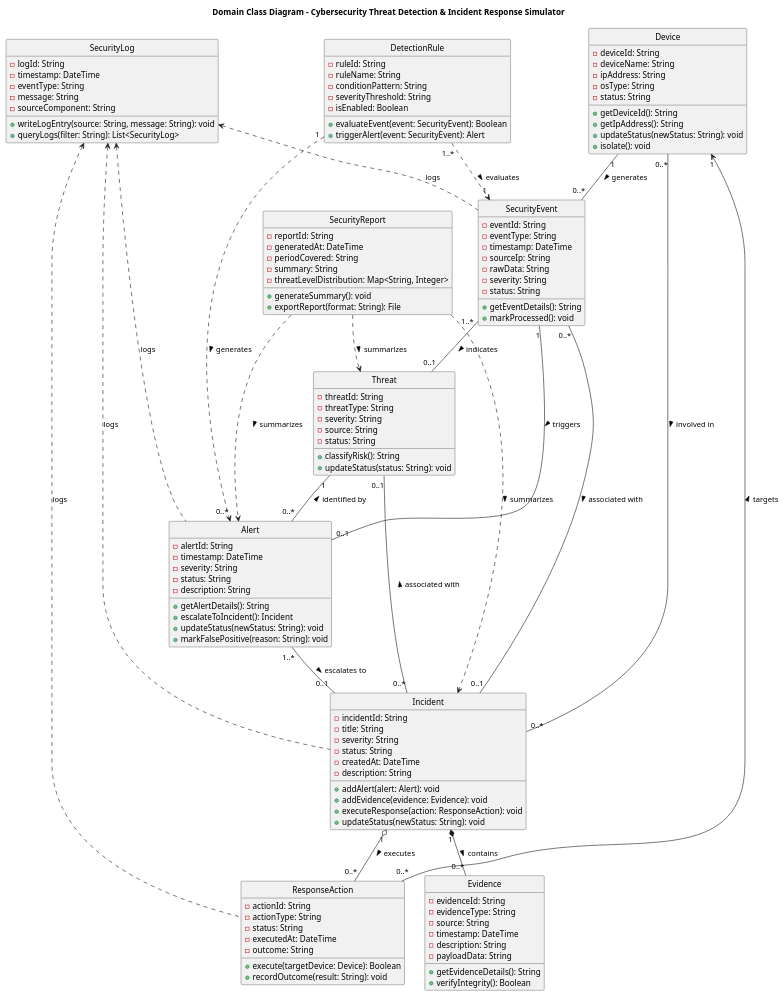
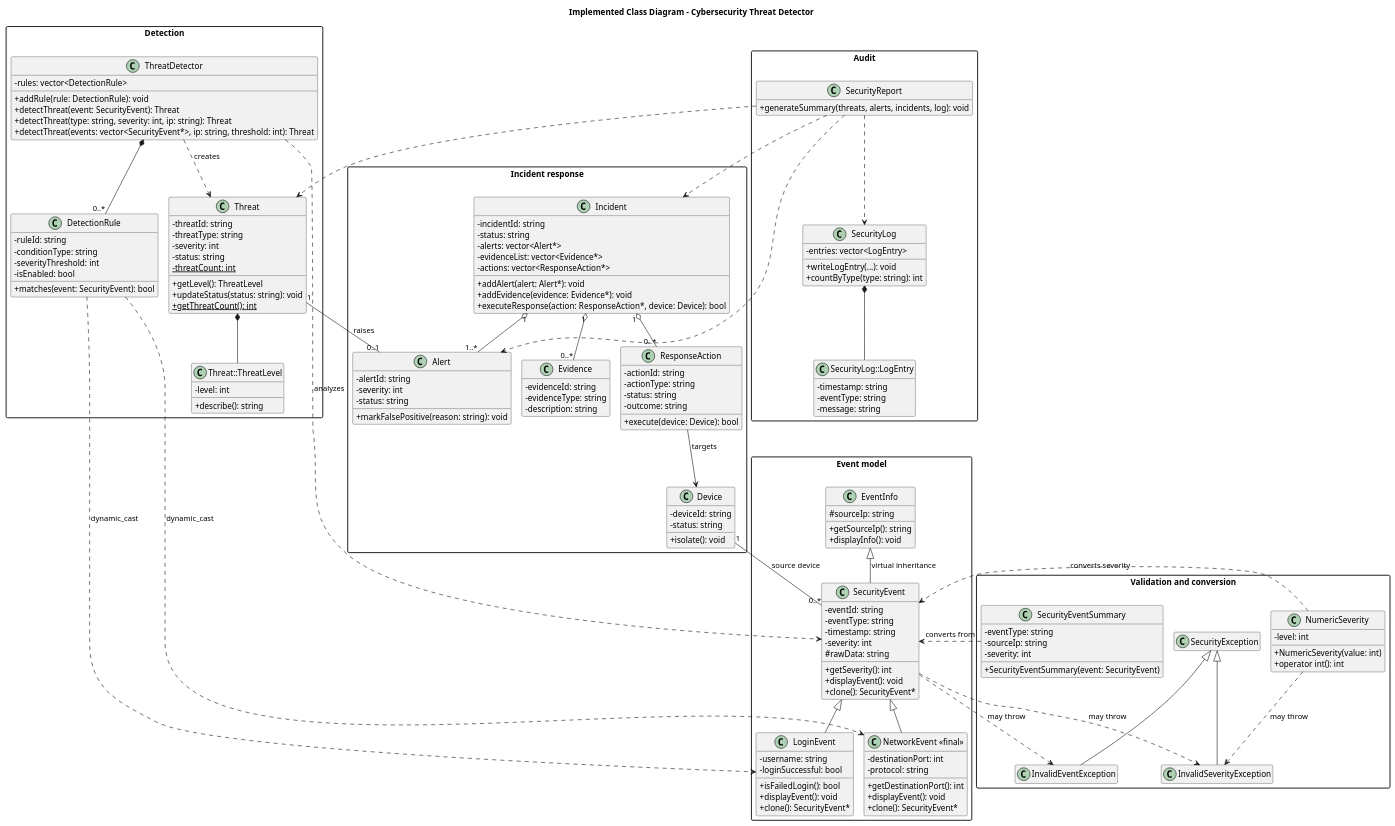
One commit to jaitak2121-spec/CybersecurityThreatdetector changed the diagram in class-diagram.puml. Above: the diagram before and after it, drawn with PlantUML. The commit also changed 25 other files, not shown here.

```diff
--- a/class-diagram.puml
+++ b/class-diagram.puml
@@ -1,149 +1,176 @@
 @startuml class-diagram
-skinparam classAttributeIconSize true
-skinparam style strictuml
+!pragma layout smetana
+skinparam classAttributeIconSize 0
+skinparam packageStyle rectangle
 hide empty members
+title Implemented Class Diagram - Cybersecurity Threat Detector
 
-title Domain Class Diagram - Cybersecurity Threat Detection & Incident Response Simulator
+package "Event model" {
+  class EventInfo {
+    # sourceIp: string
+    + getSourceIp(): string
+    + displayInfo(): void
+  }
 
-class Device {
-  - deviceId: String
-  - deviceName: String
-  - ipAddress: String
-  - osType: String
-  - status: String
-  + getDeviceId(): String
-  + getIpAddress(): String
-  + updateStatus(newStatus: String): void
-  + isolate(): void
+  class SecurityEvent {
+    - eventId: string
+    - eventType: string
+    - timestamp: string
+    - severity: int
+    # rawData: string
+    + getSeverity(): int
+    + displayEvent(): void
+    + clone(): SecurityEvent*
+  }
+
+  class LoginEvent {
+    - username: string
+    - loginSuccessful: bool
+    + isFailedLogin(): bool
+    + displayEvent(): void
+    + clone(): SecurityEvent*
+  }
+
+  class "NetworkEvent <<final>>" as NetworkEvent {
+    - destinationPort: int
+    - protocol: string
+    + getDestinationPort(): int
+    + displayEvent(): void
+    + clone(): SecurityEvent*
+  }
 }
 
-class SecurityEvent {
-  - eventId: String
-  - eventType: String
-  - timestamp: DateTime
-  - sourceIp: String
-  - rawData: String
-  - severity: String
-  - status: String
-  + getEventDetails(): String
-  + markProcessed(): void
+package "Detection" {
+  class DetectionRule {
+    - ruleId: string
+    - conditionType: string
+    - severityThreshold: int
+    - isEnabled: bool
+    + matches(event: SecurityEvent): bool
+  }
+
+  class ThreatDetector {
+    - rules: vector<DetectionRule>
+    + addRule(rule: DetectionRule): void
+    + detectThreat(event: SecurityEvent): Threat
+    + detectThreat(type: string, severity: int, ip: string): Threat
+    + detectThreat(events: vector<SecurityEvent*>, ip: string, threshold: int): Threat
+  }
+
+  class Threat {
+    - threatId: string
+    - threatType: string
+    - severity: int
+    - status: string
+    {static} - threatCount: int
+    + getLevel(): ThreatLevel
+    + updateStatus(status: string): void
+    {static} + getThreatCount(): int
+  }
+
+  class "Threat::ThreatLevel" as ThreatLevel {
+    - level: int
+    + describe(): string
+  }
 }
 
-class DetectionRule {
-  - ruleId: String
-  - ruleName: String
-  - conditionPattern: String
-  - severityThreshold: String
-  - isEnabled: Boolean
-  + evaluateEvent(event: SecurityEvent): Boolean
-  + triggerAlert(event: SecurityEvent): Alert
+package "Incident response" {
+  class Device {
+    - deviceId: string
+    - status: string
+    + isolate(): void
+  }
+  class Alert {
+    - alertId: string
+    - severity: int
+    - status: string
+    + markFalsePositive(reason: string): void
+  }
+  class Evidence {
+    - evidenceId: string
+    - evidenceType: string
+    - description: string
+  }
+  class ResponseAction {
+    - actionId: string
+    - actionType: string
+    - status: string
+    - outcome: string
+    + execute(device: Device): bool
+  }
+  class Incident {
+    - incidentId: string
+    - status: string
+    - alerts: vector<Alert*>
+    - evidenceList: vector<Evidence*>
+    - actions: vector<ResponseAction*>
+    + addAlert(alert: Alert*): void
+    + addEvidence(evidence: Evidence*): void
+    + executeResponse(action: ResponseAction*, device: Device): bool
+  }
 }
 
-class Threat {
-  - threatId: String
-  - threatType: String
-  - severity: String
-  - source: String
-  - status: String
-  + classifyRisk(): String
-  + updateStatus(status: String): void
+package "Audit" {
+  class SecurityLog {
+    - entries: vector<LogEntry>
+    + writeLogEntry(...): void
+    + countByType(type: string): int
+  }
+  class "SecurityLog::LogEntry" as LogEntry {
+    - timestamp: string
+    - eventType: string
+    - message: string
+  }
+  class SecurityReport {
+    + generateSummary(threats, alerts, incidents, log): void
+  }
 }
 
-class Alert {
-  - alertId: String
-  - timestamp: DateTime
-  - severity: String
-  - status: String
-  - description: String
-  + getAlertDetails(): String
-  + escalateToIncident(): Incident
-  + updateStatus(newStatus: String): void
-  + markFalsePositive(reason: String): void
+package "Validation and conversion" {
+  class NumericSeverity {
+    - level: int
+    + NumericSeverity(value: int)
+    + operator int(): int
+  }
+  class SecurityEventSummary {
+    - eventType: string
+    - sourceIp: string
+    - severity: int
+    + SecurityEventSummary(event: SecurityEvent)
+  }
+  class SecurityException
+  class InvalidSeverityException
+  class InvalidEventException
 }
 
-class Incident {
-  - incidentId: String
-  - title: String
-  - severity: String
-  - status: String
-  - createdAt: DateTime
-  - description: String
-  + addAlert(alert: Alert): void
-  + addEvidence(evidence: Evidence): void
-  + executeResponse(action: ResponseAction): void
-  + updateStatus(newStatus: String): void
-}
+EventInfo <|-- SecurityEvent : virtual inheritance
+SecurityEvent <|-- LoginEvent
+SecurityEvent <|-- NetworkEvent
+Threat *-- ThreatLevel
+SecurityLog *-- LogEntry
 
-class Evidence {
-  - evidenceId: String
-  - evidenceType: String
-  - source: String
-  - timestamp: DateTime
-  - description: String
-  - payloadData: String
-  + getEvidenceDetails(): String
-  + verifyIntegrity(): Boolean
-}
+ThreatDetector *-- "0..*" DetectionRule
+ThreatDetector ..> SecurityEvent : analyzes
+ThreatDetector ..> Threat : creates
+DetectionRule ..> LoginEvent : dynamic_cast
+DetectionRule ..> NetworkEvent : dynamic_cast
 
-class ResponseAction {
-  - actionId: String
-  - actionType: String
-  - status: String
-  - executedAt: DateTime
-  - outcome: String
-  + execute(targetDevice: Device): Boolean
-  + recordOutcome(result: String): void
-}
+Device "1" -- "0..*" SecurityEvent : source device
+Threat "1" -- "0..1" Alert : raises
+Incident "1" o-- "1..*" Alert
+Incident "1" o-- "0..*" Evidence
+Incident "1" o-- "0..*" ResponseAction
+ResponseAction --> Device : targets
+SecurityReport ..> Threat
+SecurityReport ..> Alert
+SecurityReport ..> Incident
+SecurityReport ..> SecurityLog
 
-class SecurityLog {
-  - logId: String
-  - timestamp: DateTime
-  - eventType: String
-  - message: String
-  - sourceComponent: String
-  + writeLogEntry(source: String, message: String): void
-  + queryLogs(filter: String): List<SecurityLog>
-}
-
-class SecurityReport {
-  - reportId: String
-  - generatedAt: DateTime
-  - periodCovered: String
-  - summary: String
-  - threatLevelDistribution: Map<String, Integer>
-  + generateSummary(): void
-  + exportReport(format: String): File
-}
-
-' --- Associations and Multiplicities ---
-
-Device "1" -- "0..*" SecurityEvent : generates >
-Device "0..*" -- "0..*" Incident : involved in >
-Device "1" <-- "0..*" ResponseAction : targets <
-
-DetectionRule "1..*" ..> "1" SecurityEvent : evaluates >
-DetectionRule "1" ..> "0..*" Alert : generates >
-
-SecurityEvent "1..*" -- "0..1" Threat : indicates >
-SecurityEvent "1" -- "0..1" Alert : triggers >
-SecurityEvent "0..*" -- "0..1" Incident : associated with >
-
-Threat "1" -- "0..*" Alert : identified by <
-Threat "0..1" -- "0..*" Incident : associated with <
-
-Alert "1..*" -- "0..1" Incident : escalates to >
-
-Incident "1" *-- "0..*" Evidence : contains >
-Incident "1" o-- "0..*" ResponseAction : executes >
-
-' System-wide Logging and Reporting Dependencies
-SecurityLog <.. SecurityEvent : logs
-SecurityLog <.. Alert : logs
-SecurityLog <.. Incident : logs
-SecurityLog <.. ResponseAction : logs
-
-SecurityReport ..> Incident : summarizes >
-SecurityReport ..> Threat : summarizes >
-SecurityReport ..> Alert : summarizes >
-
+SecurityException <|-- InvalidSeverityException
+SecurityException <|-- InvalidEventException
+SecurityEvent ..> InvalidSeverityException : may throw
+SecurityEvent ..> InvalidEventException : may throw
+NumericSeverity ..> InvalidSeverityException : may throw
+SecurityEventSummary ..> SecurityEvent : converts from
+NumericSeverity ..> SecurityEvent : converts severity
 @enduml
```
